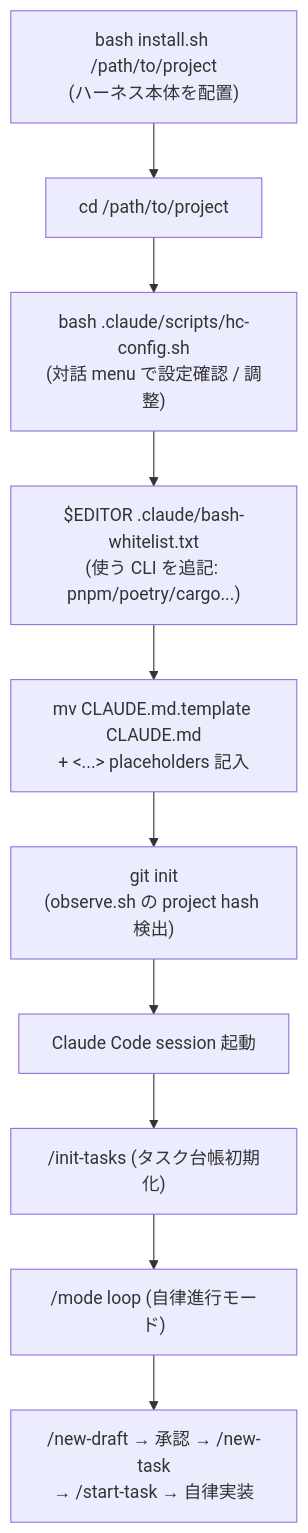
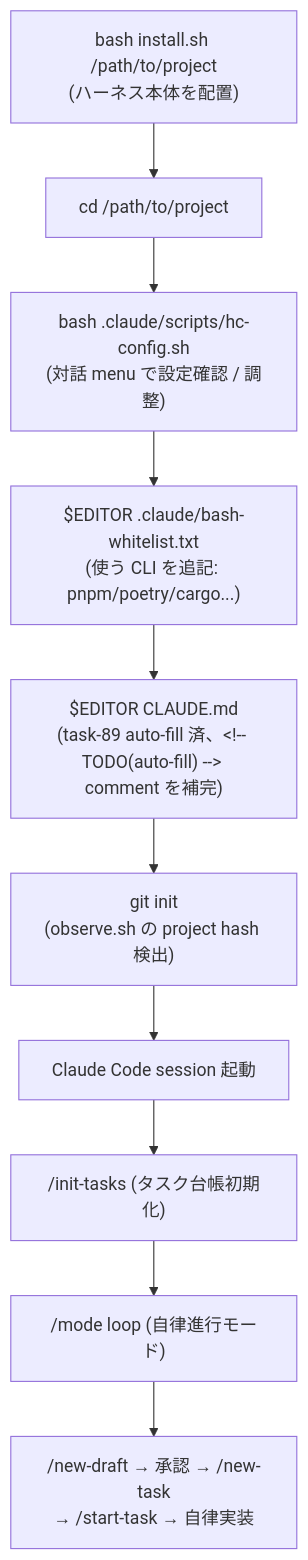
One commit to thirai-classlab/hirai-method changed the fourth of 4 diagrams in README.md. Above: the diagram before and after it, drawn with Mermaid. The commit also changed other lines of this file and 9 other files, not shown here.

Commit message:
feat(task-89): CLAUDE.md auto-fill (manifest 6 種検出 + 言語別 template 7 件 + --lang override、既存 CLAUDE.md 不可侵 + HINT、smoke 16 case) [install.sh は #90 arg parse も含む]

````diff
--- a/README.md
+++ b/README.md
@@ -543,12 +548,12 @@
 ```mermaid
 flowchart TD
     I1["bash install.sh /path/to/project<br/>(ハーネス本体を配置)"] --> I2["cd /path/to/project"]
     I2 --> C1["bash .claude/scripts/hc-config.sh<br/>(対話 menu で設定確認 / 調整)"]
     C1 --> C2["$EDITOR .claude/bash-whitelist.txt<br/>(使う CLI を追記: pnpm/poetry/cargo...)"]
-    C2 --> C3["mv CLAUDE.md.template CLAUDE.md<br/>+ &lt;...&gt; placeholders 記入"]
+    C2 --> C3["$EDITOR CLAUDE.md<br/>(task-89 auto-fill 済、&lt;!-- TODO(auto-fill) --&gt; comment を補完)"]
     C3 --> C4["git init<br/>(observe.sh の project hash 検出)"]
     C4 --> U1["Claude Code session 起動"]
     U1 --> U2["/init-tasks (タスク台帳初期化)"]
     U2 --> U3["/mode loop (自律進行モード)"]
     U3 --> U4["/new-draft → 承認 → /new-task<br/>→ /start-task → 自律実装"]
 ```
````
